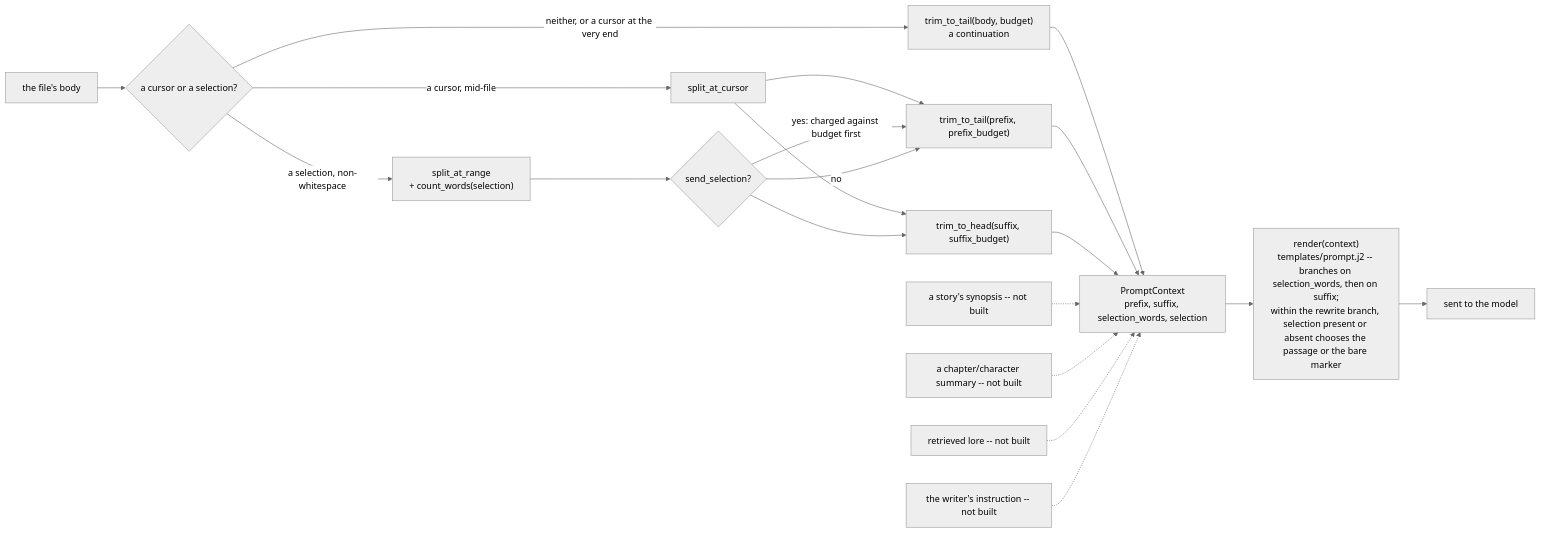
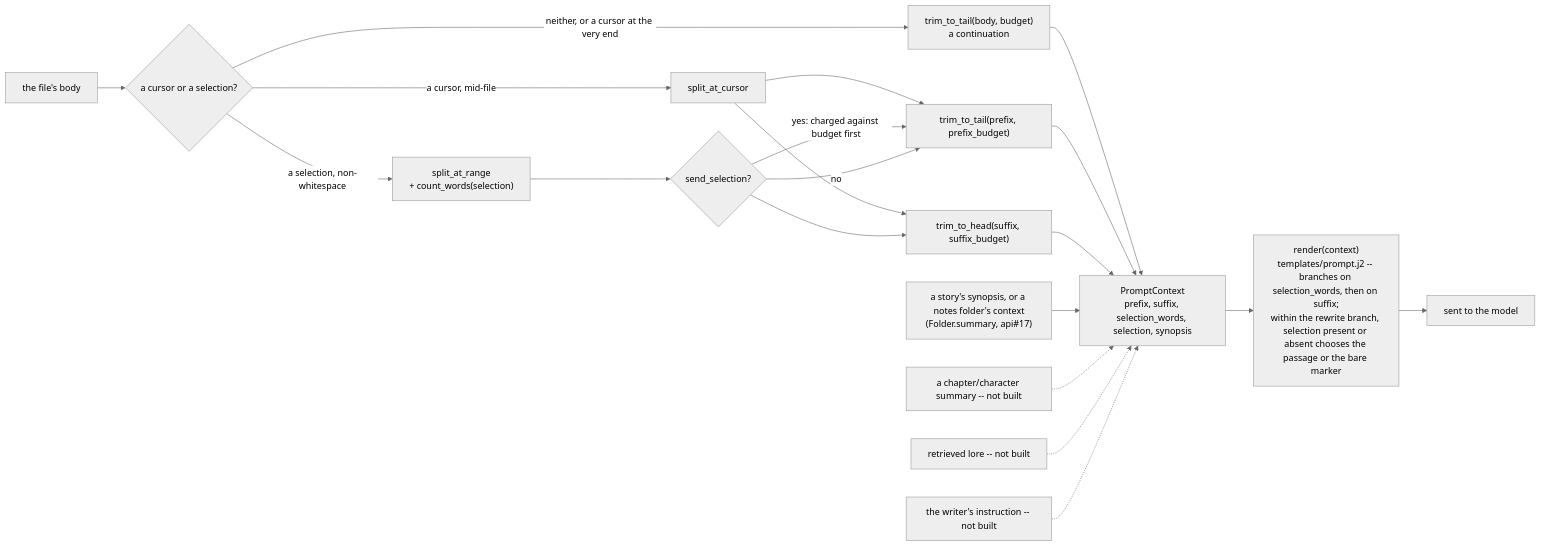
One commit to InkSpireEditor/inkspire-api changed the second of 2 diagrams in docs/prompt.md. Above: the diagram before and after it, drawn with Mermaid (neutral theme). The commit also changed other lines of this file and 9 other files, not shown here.

First line of the commit message:
Bring a story's synopsis or a notes folder's context into the prompt

````diff
--- a/docs/prompt.md
+++ b/docs/prompt.md
@@ -42,23 +43,23 @@
 ```mermaid
 flowchart LR
     B["the file's body"] --> X{"a cursor or a selection?"}
     X -->|neither, or a cursor at the very end| T["trim_to_tail(body, budget)<br/>a continuation"]
     X -->|a cursor, mid-file| P["split_at_cursor"]
     X -->|a selection, non-whitespace| S["split_at_range<br/>+ count_words(selection)"]
     P --> TP["trim_to_tail(prefix, prefix_budget)"]
     P --> TS["trim_to_head(suffix, suffix_budget)"]
     S --> PB{"send_selection?"}
     PB -->|"yes: charged against budget first"| TP
     PB -->|"no"| TP
     PB --> TS
-    T --> C["PromptContext<br/>prefix, suffix, selection_words, selection"]
+    T --> C["PromptContext<br/>prefix, suffix, selection_words, selection, synopsis"]
     TP --> C
     TS --> C
     C --> R["render(context)<br/>templates/prompt.j2 -- branches on selection_words, then on suffix;<br/>within the rewrite branch, selection present or absent chooses the passage or the bare marker"]
     R --> M["sent to the model"]
 
-    Y["a story's synopsis -- not built"] -.-> C
+    Y["a story's synopsis, or a notes folder's context<br/>(Folder.summary, api#17)"] --> C
     H["a chapter/character summary -- not built"] -.-> C
     L["retrieved lore -- not built"] -.-> C
     I["the writer's instruction -- not built"] -.-> C
 ```
````
